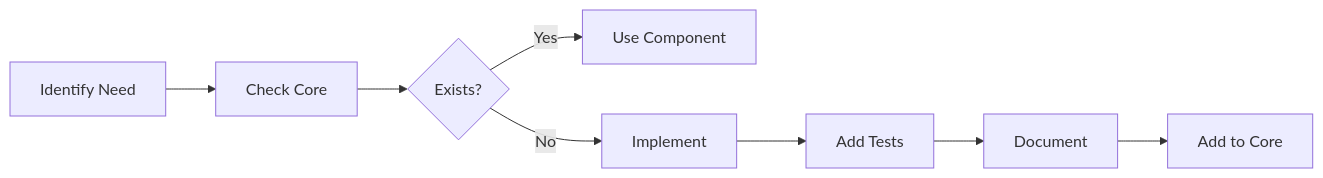
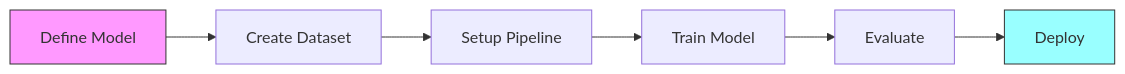
One commit to BjornMelin/ml-vision-lab changed the second of 2 diagrams in core/README.md. Above: the diagram before and after it, drawn with Mermaid. The commit also changed other lines of this file and 3 other files, not shown here.

````diff
--- a/core/README.md
+++ b/core/README.md
@@ -105,10 +198,10 @@
 ```mermaid
 graph LR
-    A[Identify Need] --> B[Check Core]
-    B --> C{Exists?}
-    C -->|Yes| D[Use Component]
-    C -->|No| E[Implement]
-    E --> F[Add Tests]
-    F --> G[Document]
-    G --> H[Add to Core]
+    A[Define Model] --> B[Create Dataset]
+    B --> C[Setup Pipeline]
+    C --> D[Train Model]
+    D --> E[Evaluate]
+    E --> F[Deploy]
+    style A fill:#f9f,stroke:#333
+    style F fill:#9ff,stroke:#333
 ```
````
